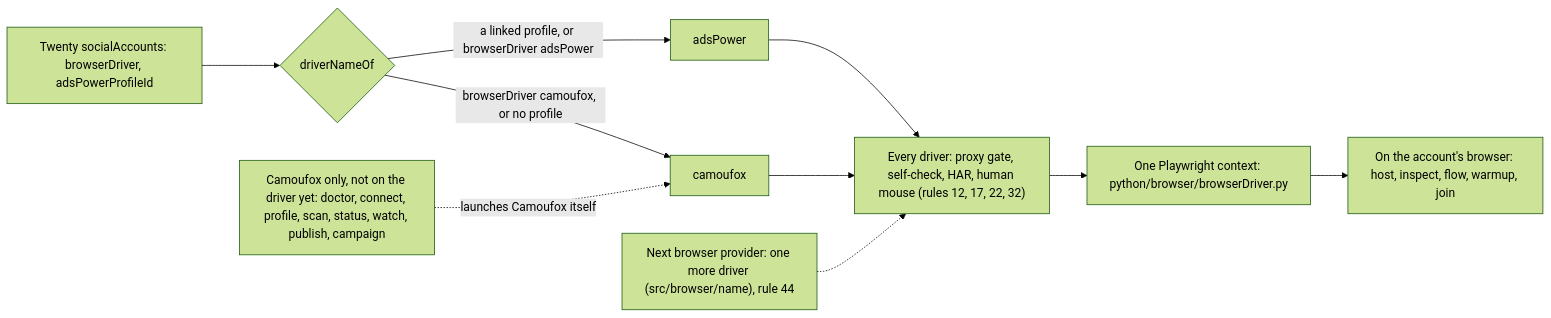
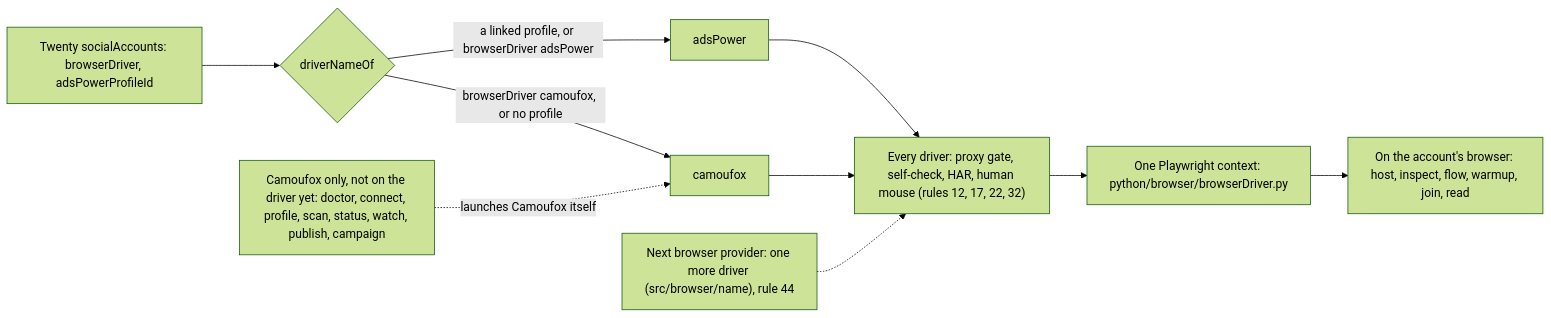
One commit to matthewdonsemail-lab/log changed the first of 5 diagrams in README.md. Above: the diagram before and after it, drawn with Mermaid (forest theme). The commit also changed other lines of this file and 31 other files, not shown here.

````diff
--- a/README.md
+++ b/README.md
@@ -56,18 +56,18 @@
 ```mermaid
 flowchart LR
   twenty["Twenty socialAccounts: browserDriver, adsPowerProfileId"]
   pick{"driverNameOf"}
   gates["Every driver: proxy gate, self-check, HAR, human mouse (rules 12, 17, 22, 32)"]
   session["One Playwright context: python/browser/browserDriver.py"]
   twenty --> pick
   pick -->|"browserDriver camoufox, or no profile"| d_camoufox["camoufox"]
   pick -->|"a linked profile, or browserDriver adsPower"| d_adsPower["adsPower"]
   d_camoufox --> gates
   d_adsPower --> gates
   more["Next browser provider: one more driver (src/browser/name), rule 44"] -.-> gates
   gates --> session
-  account["On the account's browser: host, inspect, flow, warmup, join"]
+  account["On the account's browser: host, inspect, flow, warmup, join, read"]
   camoufox["Camoufox only, not on the driver yet: doctor, connect, profile, scan, status, watch, publish, campaign"]
   session --> account
   camoufox -.->|"launches Camoufox itself"| d_camoufox
 ```
````
